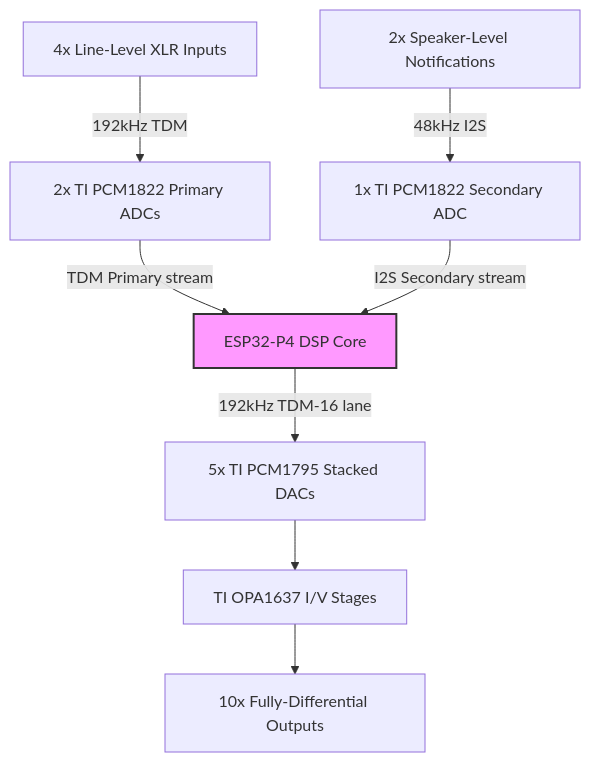
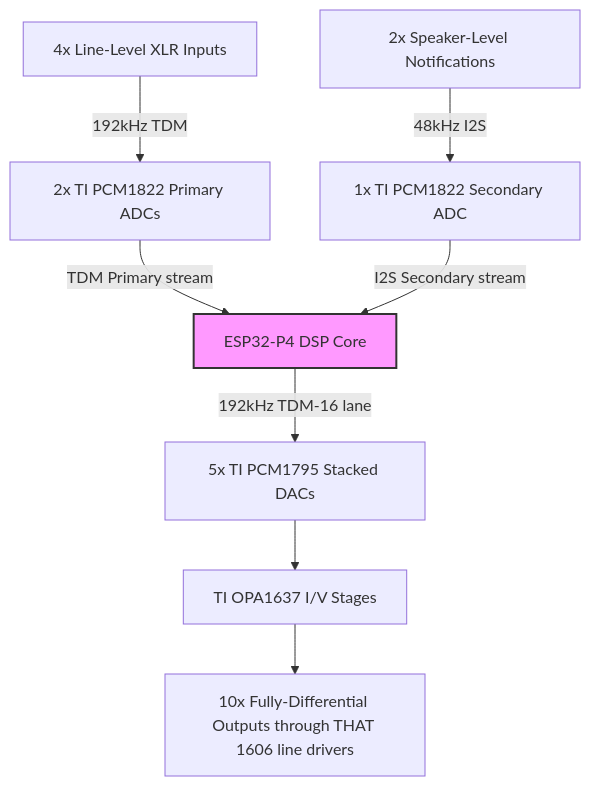
One commit to tim292stro/ESP32-P4_Car_Audio_DSP changed the first of 3 diagrams in README.md. Above: the diagram before and after it, drawn with Mermaid. The commit also changed other lines of this file, not shown here.

Commit message:
Update README.md
minor tweak to the output details

````diff
--- a/README.md
+++ b/README.md
@@ -42,14 +42,14 @@
 ```mermaid
 graph TD
     XLR[4x Line-Level XLR Inputs] -->|192kHz TDM| ADC1[2x TI PCM1822 Primary ADCs]
     NOTIF[2x Speaker-Level Notifications] -->|48kHz I2S| ADC2[1x TI PCM1822 Secondary ADC]
     
     ADC1 -->|TDM Primary stream| ESP32[ESP32-P4 DSP Core]
     ADC2 -->|I2S Secondary stream| ESP32
     
     ESP32 -->|192kHz TDM-16 lane| DAC[5x TI PCM1795 Stacked DACs]
     DAC --> IV[TI OPA1637 I/V Stages]
-    IV --> OUT[10x Fully-Differential Outputs]
+    IV --> OUT[10x Fully-Differential Outputs through THAT 1606 line drivers]
     
     style ESP32 fill:#f9f,stroke:#333,stroke-width:2px
 ```
````
